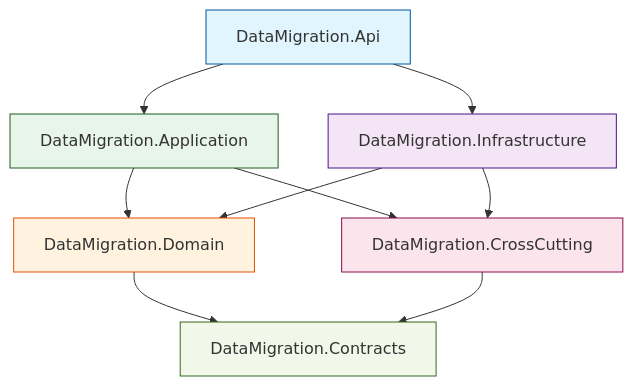
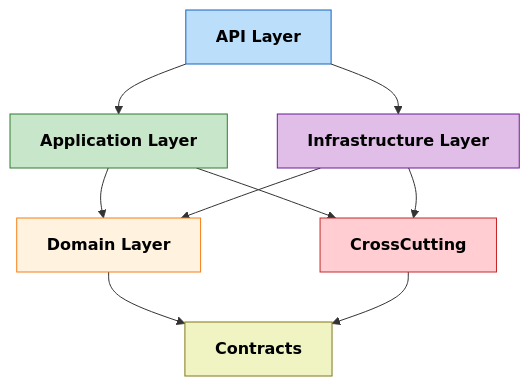
Before and after one commit to parvizrovshanaliyev/DataMigrationSystem: the second of 9 diagrams in docs/solution structure.md, drawn with Mermaid. The commit also changed other lines of this file, not shown here.

````diff
--- a/docs/solution structure.md
+++ b/docs/solution structure.md
@@ -75,32 +81,32 @@
 ```mermaid
 graph TB
-    API[DataMigration.Api]
-    APP[DataMigration.Application]
-    DOM[DataMigration.Domain]
-    INF[DataMigration.Infrastructure]
-    CC[DataMigration.CrossCutting]
-    CON[DataMigration.Contracts]
+    API[API Layer]
+    APP[Application Layer]
+    DOM[Domain Layer]
+    INF[Infrastructure Layer]
+    CC[CrossCutting]
+    CON[Contracts]
 
     API --> APP
     API --> INF
     APP --> DOM
     APP --> CC
     INF --> DOM
     INF --> CC
     DOM --> CON
     CC --> CON
 
-    classDef api fill:#e1f5fe,stroke:#01579b
-    classDef app fill:#e8f5e9,stroke:#1b5e20
-    classDef domain fill:#fff3e0,stroke:#e65100
-    classDef infra fill:#f3e5f5,stroke:#4a148c
-    classDef cross fill:#fce4ec,stroke:#880e4f
-    classDef contracts fill:#f1f8e9,stroke:#33691e
+    classDef api fill:#bbdefb,stroke:#1565c0,color:#000000,font-weight:bold
+    classDef app fill:#c8e6c9,stroke:#2e7d32,color:#000000,font-weight:bold
+    classDef domain fill:#fff3e0,stroke:#f57f17,color:#000000,font-weight:bold
+    classDef infra fill:#e1bee7,stroke:#6a1b9a,color:#000000,font-weight:bold
+    classDef cross fill:#ffcdd2,stroke:#c62828,color:#000000,font-weight:bold
+    classDef contracts fill:#f0f4c3,stroke:#827717,color:#000000,font-weight:bold
 
     class API api
     class APP app
     class DOM domain
     class INF infra
     class CC cross
     class CON contracts
 ```
````
